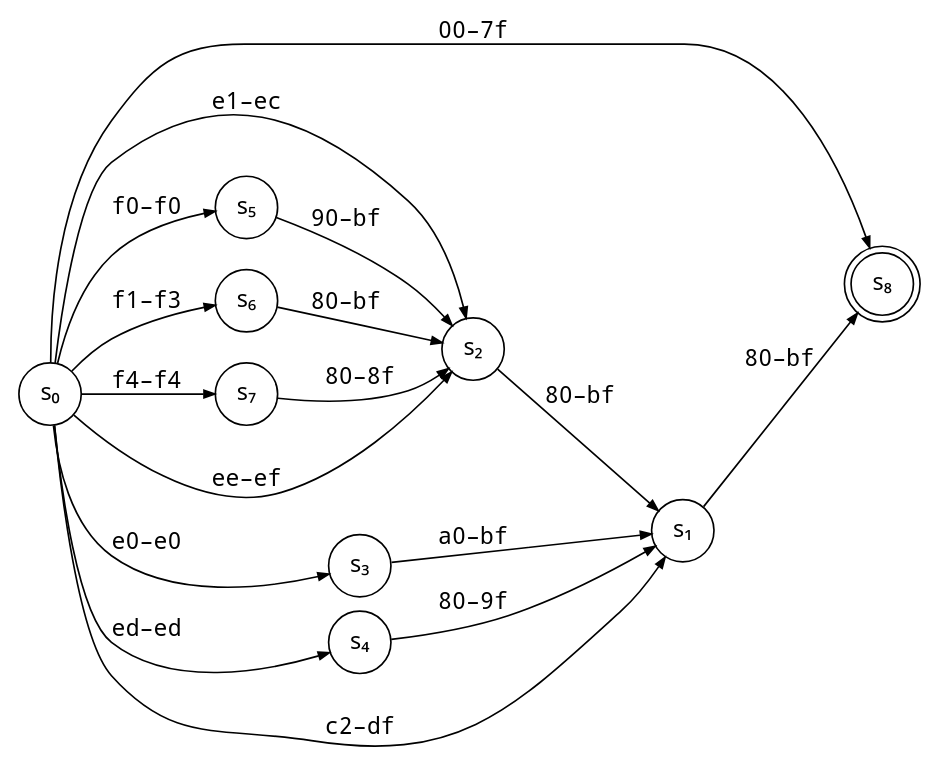
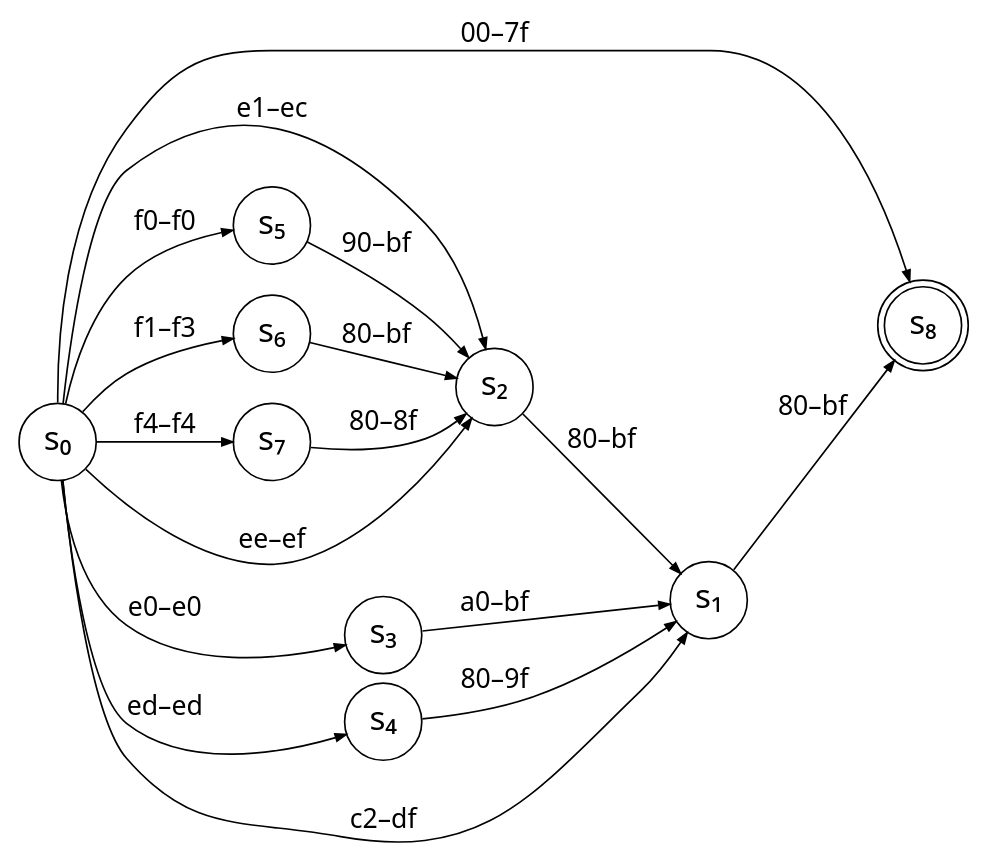
Before and after one commit to skeeto/skeeto.github.com: the diagram in img/diagram/utf8.dot, drawn with Graphviz. The commit also changed 9 other files, not shown here.

Commit message:
Use SVG graphics for all diagrams

```diff
--- a/img/diagram/utf8.dot
+++ b/img/diagram/utf8.dot
@@ -1,39 +1,39 @@
 digraph {
-    graph [fontname="sans",rankdir=LR];
-    node [shape=circle, fontname="sans"];
-    edge [arrowsize=0.65, fontname="Noto Mono"];
+    graph [fontname="sans" rankdir=LR];
+    node [fontname="sans" shape=circle fontsize=20];
+    edge [fontname="sans" arrowsize=0.65 fontsize=16];
 
     s0->s8 [label="00–7f"];
     s0->s2 [label="\nee–ef"];
     s0->s2 [label="e1–ec"];
     s0->s3 [label="e0–e0"];
     s0->s4 [label="\ned–ed"];
     s0->s1 [label="\nc2–df"];
     s0->s5 [label="\nf0–f0"];
     s0->s6 [label="\nf1–f3"];
     s0->s7 [label="\nf4–f4"];
 
     s1->s8 [label="80–bf"];
 
     s2->s1 [label=" 80–bf"];
 
     s3->s1 [label="a0–bf"];
 
     s4->s1 [label="\n80–9f"];
 
     s5->s2 [label="90–bf  "];
 
     s6->s2 [label="80–bf  "];
 
     s7->s2 [label="\n80–8f"];
 
     s0 [label="s₀"];
     s1 [label="s₁"];
     s2 [label="s₂"];
     s3 [label="s₃"];
     s4 [label="s₄"];
     s5 [label="s₅"];
     s6 [label="s₆"];
     s7 [label="s₇"];
-    s8 [label="s₈", shape=doublecircle];
+    s8 [label="s₈" shape=doublecircle];
 }
```
